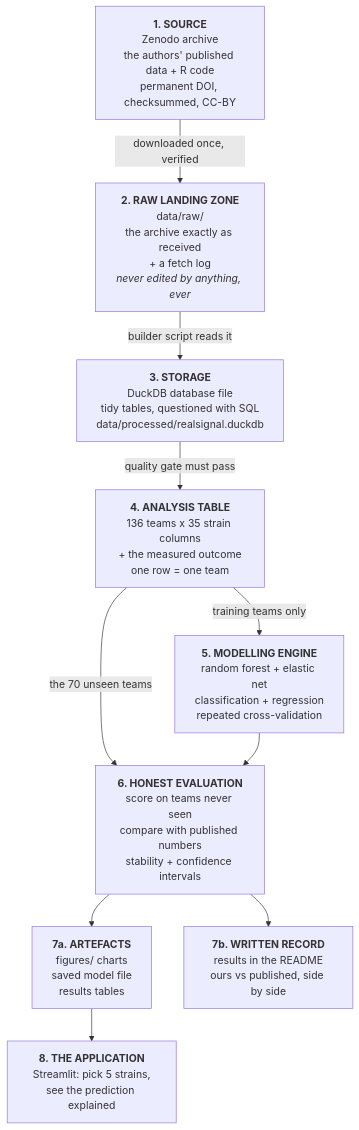
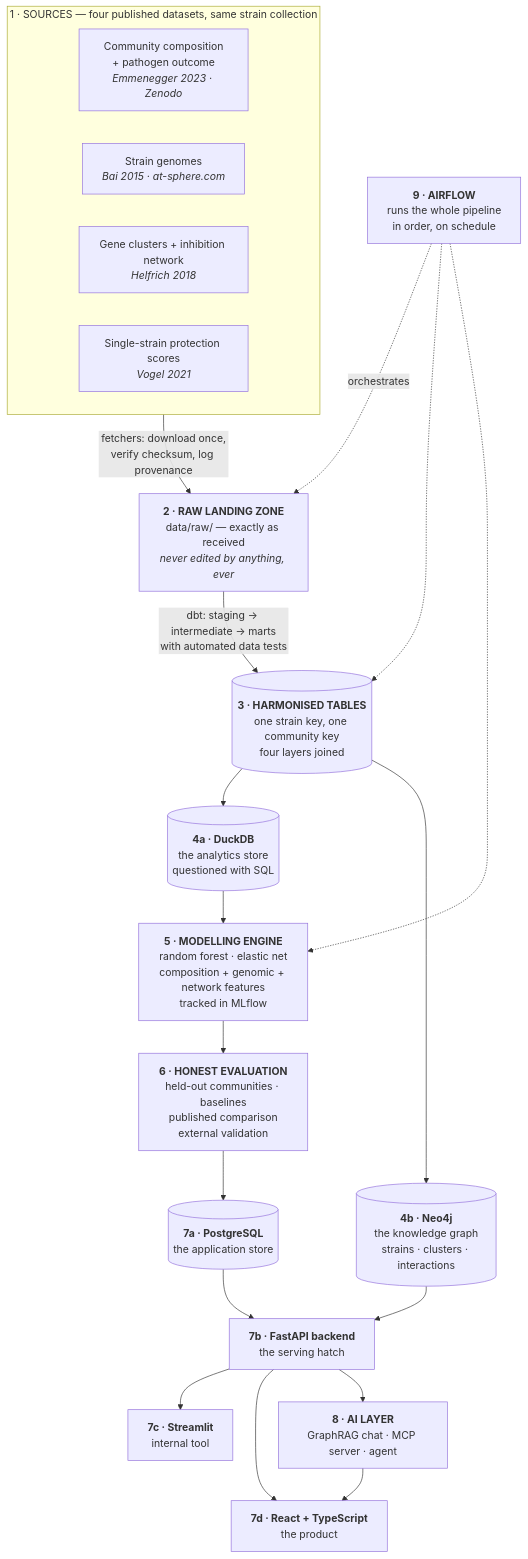
Before and after one commit to akannan2987/realsignal: the diagram in docs/00-architecture.md, drawn with Mermaid. The commit also changed other lines of this file and 20 other files, not shown here.

Commit message:
docs: architecture overview and roadmap

````diff
--- a/docs/00-architecture.md
+++ b/docs/00-architecture.md
@@ -54,31 +79,37 @@
 ```mermaid
 flowchart TD
-    A["<b>1. SOURCE</b><br/>Zenodo archive<br/>the authors' published data + R code<br/>permanent DOI, checksummed, CC-BY"]
-      -->|"downloaded once, verified"| B
+    subgraph S1["1 · SOURCES — four published datasets, same strain collection"]
+        A1["Community composition<br/>+ pathogen outcome<br/><i>Emmenegger 2023 · Zenodo</i>"]
+        A2["Strain genomes<br/><i>Bai 2015 · at-sphere.com</i>"]
+        A3["Gene clusters + inhibition network<br/><i>Helfrich 2018</i>"]
+        A4["Single-strain protection scores<br/><i>Vogel 2021</i>"]
+    end
 
-    B["<b>2. RAW LANDING ZONE</b><br/>data/raw/<br/>the archive exactly as received<br/>+ a fetch log<br/><i>never edited by anything, ever</i>"]
-      -->|"builder script reads it"| C
+    S1 -->|"fetchers: download once,<br/>verify checksum, log provenance"| B
 
-    C["<b>3. STORAGE</b><br/>DuckDB database file<br/>tidy tables, questioned with SQL<br/>data/processed/realsignal.duckdb"]
-      -->|"quality gate must pass"| D
+    B["<b>2 · RAW LANDING ZONE</b><br/>data/raw/ — exactly as received<br/><i>never edited by anything, ever</i>"]
 
-    D["<b>4. ANALYSIS TABLE</b><br/>136 teams x 35 strain columns<br/>+ the measured outcome<br/>one row = one team"]
-      -->|"training teams only"| E
+    B -->|"dbt: staging → intermediate → marts<br/>with automated data tests"| C
 
-    D -->|"the 70 unseen teams"| F
+    C[("<b>3 · HARMONISED TABLES</b><br/>one strain key, one community key<br/>four layers joined")]
 
-    E["<b>5. MODELLING ENGINE</b><br/>random forest + elastic net<br/>classification + regression<br/>repeated cross-validation"]
-      --> F
+    C --> D[("<b>4a · DuckDB</b><br/>the analytics store<br/>questioned with SQL")]
+    C --> E[("<b>4b · Neo4j</b><br/>the knowledge graph<br/>strains · clusters · interactions")]
 
-    F["<b>6. HONEST EVALUATION</b><br/>score on teams never seen<br/>compare with published numbers<br/>stability + confidence intervals"]
-      --> G
+    D --> F["<b>5 · MODELLING ENGINE</b><br/>random forest · elastic net<br/>composition + genomic + network features<br/>tracked in MLflow"]
 
-    F --> H
+    F --> G["<b>6 · HONEST EVALUATION</b><br/>held-out communities · baselines<br/>published comparison<br/>external validation"]
 
-    G["<b>7a. ARTEFACTS</b><br/>figures/ charts<br/>saved model file<br/>results tables"]
-      --> I
+    G --> H[("<b>7a · PostgreSQL</b><br/>the application store")]
+    H --> I["<b>7b · FastAPI backend</b><br/>the serving hatch"]
+    E --> I
 
-    H["<b>7b. WRITTEN RECORD</b><br/>results in the README<br/>ours vs published, side by side"]
+    I --> J["<b>7c · Streamlit</b><br/>internal tool"]
+    I --> K["<b>7d · React + TypeScript</b><br/>the product"]
+    I --> L["<b>8 · AI LAYER</b><br/>GraphRAG chat · MCP server · agent"]
+    L --> K
 
-    I["<b>8. THE APPLICATION</b><br/>Streamlit: pick 5 strains,<br/>see the prediction explained"]
+    M["<b>9 · AIRFLOW</b><br/>runs the whole pipeline<br/>in order, on schedule"] -.->|orchestrates| B
+    M -.-> C
+    M -.-> F
 ```
````
